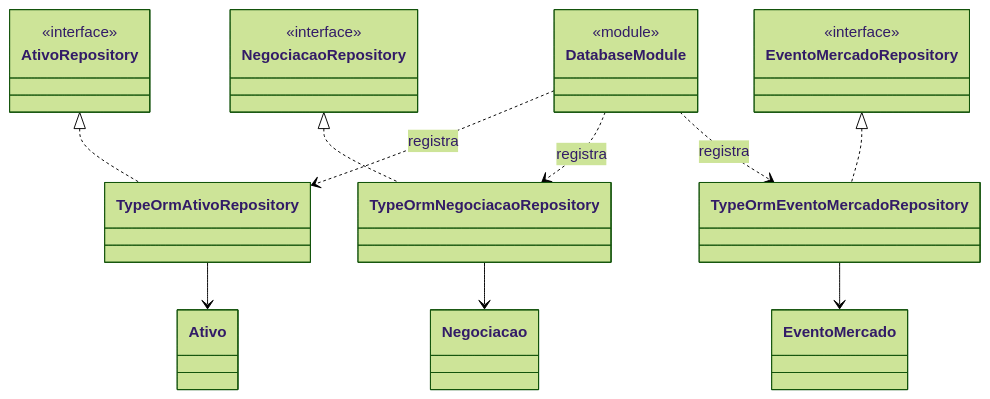
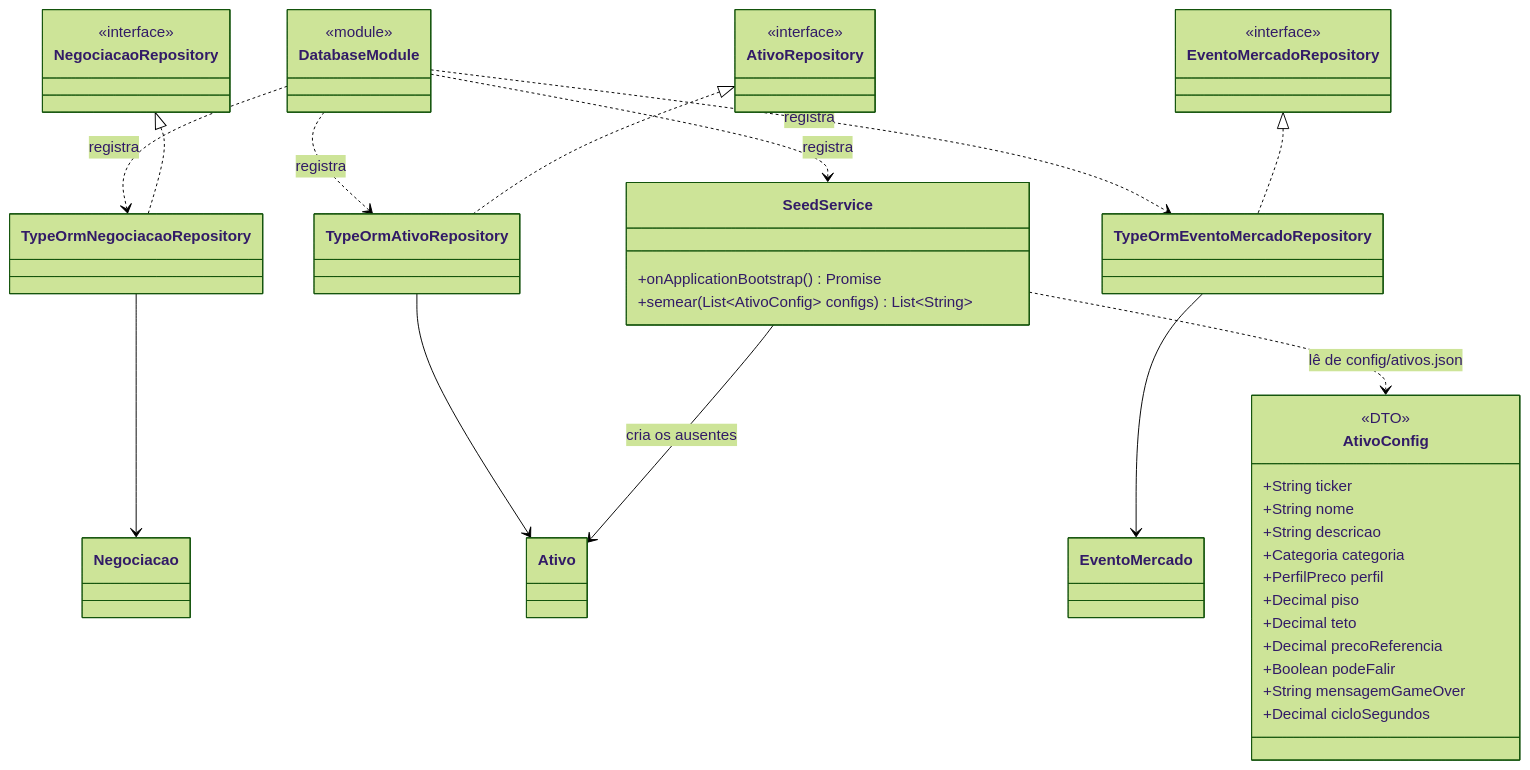
One commit to ysrael12/CruelMarketLTDA changed the fifth of 6 diagrams in P1/especificação de mercado/Diagrama de classes - market data.md. Above: the diagram before and after it, drawn with Mermaid (forest theme). The commit also changed other lines of this file and 20 other files, not shown here.

Commit message:
feat(market-data): modelo de precos, ciclo persistido e seed reproduzivel

````diff
--- a/P1/especificação de mercado/Diagrama de classes - market data.md
+++ b/P1/especificação de mercado/Diagrama de classes - market data.md
@@ -292,34 +312,58 @@
 ```mermaid
 classDiagram
   class DatabaseModule {
     <<module>>
   }
 
   class AtivoRepository {
     <<interface>>
   }
 
   class NegociacaoRepository {
     <<interface>>
   }
 
   class EventoMercadoRepository {
     <<interface>>
   }
 
   class TypeOrmAtivoRepository
   class TypeOrmNegociacaoRepository
   class TypeOrmEventoMercadoRepository
 
+  class SeedService {
+    +onApplicationBootstrap() Promise
+    +semear(List~AtivoConfig~ configs) List~String~
+  }
+
+  class AtivoConfig {
+    <<DTO>>
+    +String ticker
+    +String nome
+    +String descricao
+    +Categoria categoria
+    +PerfilPreco perfil
+    +Decimal piso
+    +Decimal teto
+    +Decimal precoReferencia
+    +Boolean podeFalir
+    +String mensagemGameOver
+    +Decimal cicloSegundos
+  }
+
   AtivoRepository <|.. TypeOrmAtivoRepository
   NegociacaoRepository <|.. TypeOrmNegociacaoRepository
   EventoMercadoRepository <|.. TypeOrmEventoMercadoRepository
 
   DatabaseModule ..> TypeOrmAtivoRepository : registra
   DatabaseModule ..> TypeOrmNegociacaoRepository : registra
   DatabaseModule ..> TypeOrmEventoMercadoRepository : registra
+  DatabaseModule ..> SeedService : registra
+
+  SeedService ..> AtivoConfig : lê de config/ativos.json
+  SeedService --> Ativo : cria os ausentes
 
   TypeOrmAtivoRepository --> Ativo
   TypeOrmNegociacaoRepository --> Negociacao
   TypeOrmEventoMercadoRepository --> EventoMercado
 ```
````
